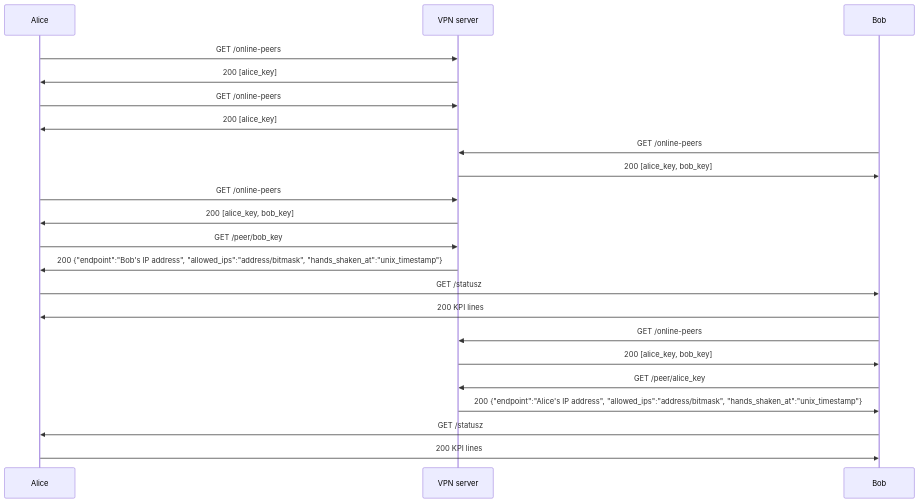
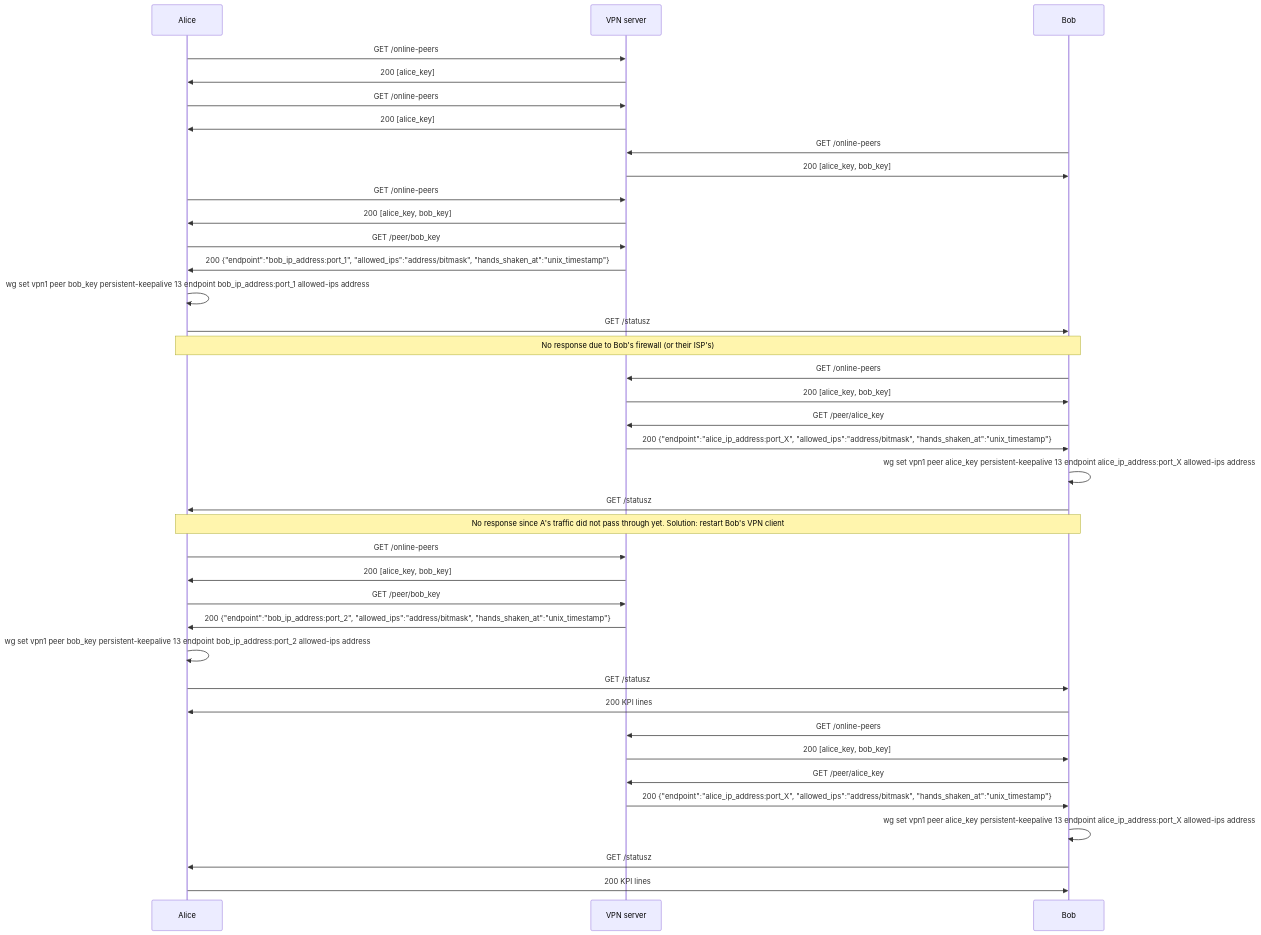
One commit to samunders-core/wg-endpoint-discovery changed the diagram in README.md. Above: the diagram before and after it, drawn with Mermaid. The commit also changed other lines of this file, not shown here.

Commit message:
mermaid with vpn client restart

````diff
--- a/README.md
+++ b/README.md
@@ -3,27 +5,47 @@
 ```mermaid
 sequenceDiagram
     participant A as Alice
     participant S as VPN server
     participant B as Bob
 
     A->>S: GET /online-peers
     S->>A: 200 [alice_key]
+
     A->>S: GET /online-peers
     S->>A: 200 [alice_key]
+    
     B->>S: GET /online-peers
     S->>B: 200 [alice_key, bob_key]
     
     A->>S: GET /online-peers
     S->>A: 200 [alice_key, bob_key]
     A->>S: GET /peer/bob_key
-    S->>A: 200 {"endpoint":"Bob's IP address", "allowed_ips":"address/bitmask", "hands_shaken_at":"unix_timestamp"}
+    S->>A: 200 {"endpoint":"bob_ip_address:port_1", "allowed_ips":"address/bitmask", "hands_shaken_at":"unix_timestamp"}
+    A->>A: wg set vpn1 peer bob_key persistent-keepalive 13 endpoint bob_ip_address:port_1 allowed-ips address
     A->>B: GET /statusz
-    B->>A: 200 KPI lines
+    Note over A,B: No response due to Bob's firewall (or their ISP's)
     
     B->>S: GET /online-peers
     S->>B: 200 [alice_key, bob_key]
     B->>S: GET /peer/alice_key
-    S->>B: 200 {"endpoint":"Alice's IP address", "allowed_ips":"address/bitmask", "hands_shaken_at":"unix_timestamp"}
+    S->>B: 200 {"endpoint":"alice_ip_address:port_X", "allowed_ips":"address/bitmask", "hands_shaken_at":"unix_timestamp"}
+    B->>B: wg set vpn1 peer alice_key persistent-keepalive 13 endpoint alice_ip_address:port_X allowed-ips address
+    B->>A: GET /statusz
+    Note over A,B: No response since A's traffic did not pass through yet. Solution: restart Bob's VPN client
+
+    A->>S: GET /online-peers
+    S->>A: 200 [alice_key, bob_key]
+    A->>S: GET /peer/bob_key
+    S->>A: 200 {"endpoint":"bob_ip_address:port_2", "allowed_ips":"address/bitmask", "hands_shaken_at":"unix_timestamp"}
+    A->>A: wg set vpn1 peer bob_key persistent-keepalive 13 endpoint bob_ip_address:port_2 allowed-ips address
+    A->>B: GET /statusz
+    B->>A: 200 KPI lines
+
+    B->>S: GET /online-peers
+    S->>B: 200 [alice_key, bob_key]
+    B->>S: GET /peer/alice_key
+    S->>B: 200 {"endpoint":"alice_ip_address:port_X", "allowed_ips":"address/bitmask", "hands_shaken_at":"unix_timestamp"}
+    B->>B: wg set vpn1 peer alice_key persistent-keepalive 13 endpoint alice_ip_address:port_X allowed-ips address
     B->>A: GET /statusz
     A->>B: 200 KPI lines
 ```
````
